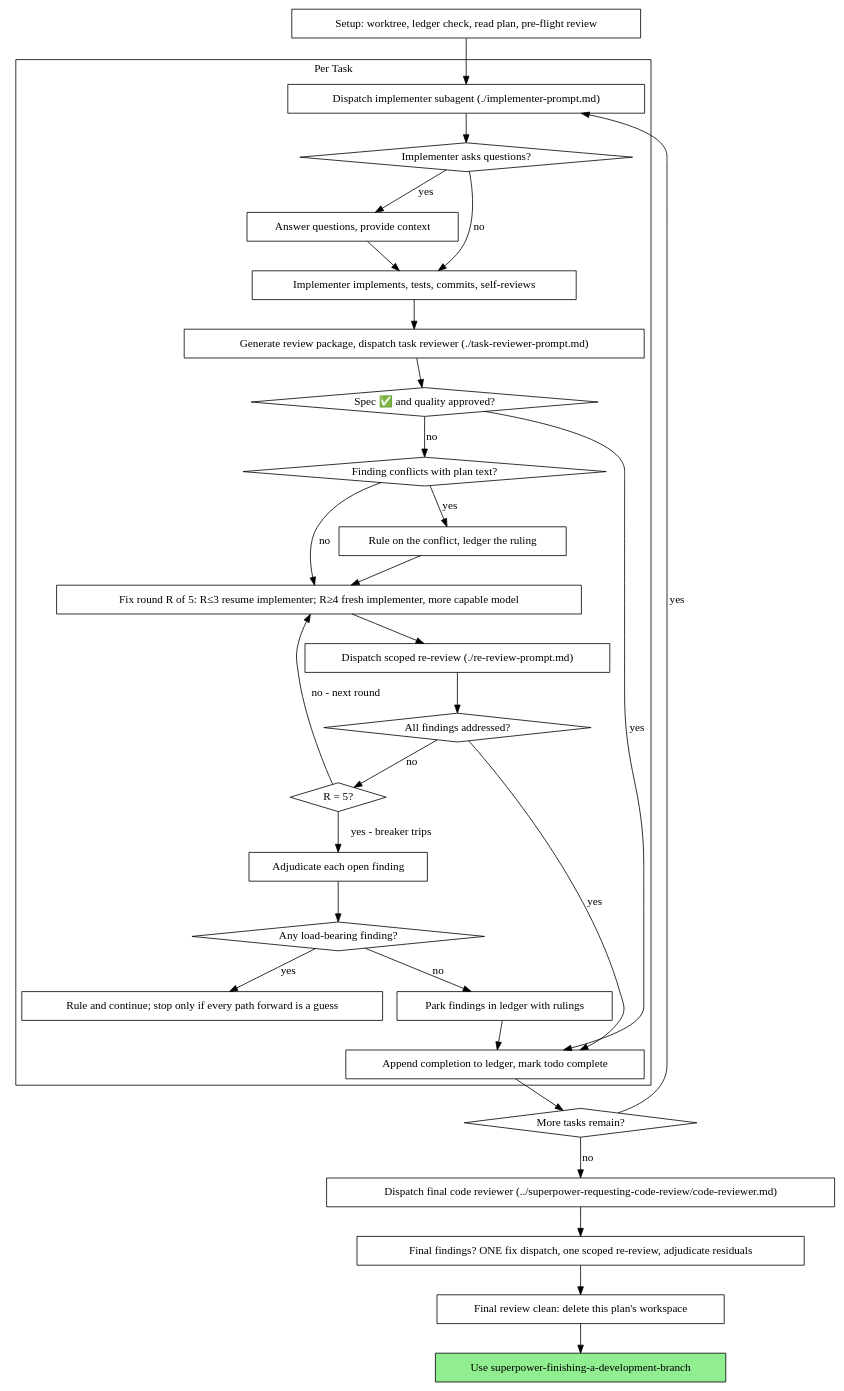
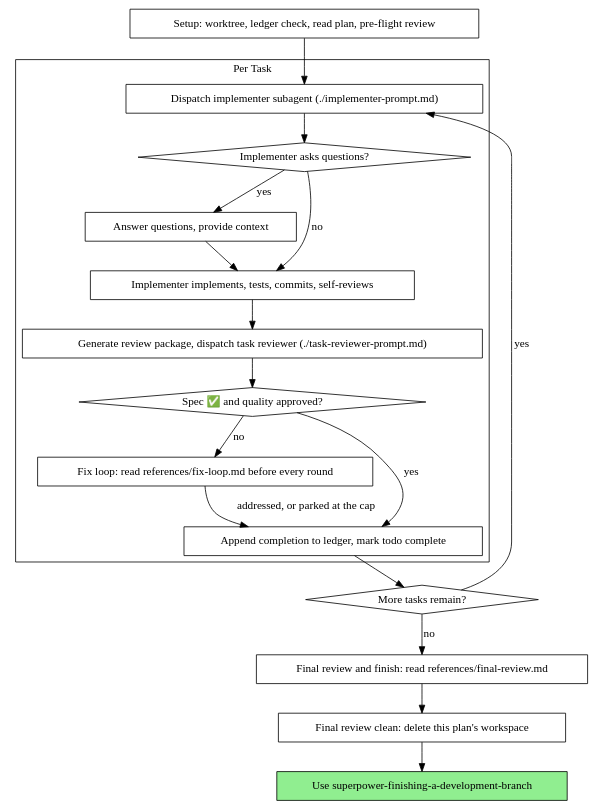
Before and after one commit to JasonFreeLab/dsh-superpowers: the second of 2 diagrams in skills/superpower-subagent-driven-development/SKILL.md, drawn with Graphviz. The commit also changed other lines of this file and 35 other files, not shown here.

````diff
--- a/skills/superpower-subagent-driven-development/SKILL.md
+++ b/skills/superpower-subagent-driven-development/SKILL.md
@@ -61,62 +61,39 @@
 ```dot
 digraph process {
     rankdir=TB;
 
     subgraph cluster_per_task {
         label="Per Task";
         "Dispatch implementer subagent (./implementer-prompt.md)" [shape=box];
         "Implementer asks questions?" [shape=diamond];
         "Answer questions, provide context" [shape=box];
         "Implementer implements, tests, commits, self-reviews" [shape=box];
         "Generate review package, dispatch task reviewer (./task-reviewer-prompt.md)" [shape=box];
         "Spec ✅ and quality approved?" [shape=diamond];
-        "Finding conflicts with plan text?" [shape=diamond];
-        "Rule on the conflict, ledger the ruling" [shape=box];
-        "Fix round R of 5: R≤3 resume implementer; R≥4 fresh implementer, more capable model" [shape=box];
-        "Dispatch scoped re-review (./re-review-prompt.md)" [shape=box];
-        "All findings addressed?" [shape=diamond];
-        "R = 5?" [shape=diamond];
-        "Adjudicate each open finding" [shape=box];
-        "Any load-bearing finding?" [shape=diamond];
-        "Rule and continue; stop only if every path forward is a guess" [shape=box];
-        "Park findings in ledger with rulings" [shape=box];
+        "Fix loop: read references/fix-loop.md before every round" [shape=box];
         "Append completion to ledger, mark todo complete" [shape=box];
     }
 
     "Setup: worktree, ledger check, read plan, pre-flight review" [shape=box];
     "More tasks remain?" [shape=diamond];
-    "Dispatch final code reviewer (../superpower-requesting-code-review/code-reviewer.md)" [shape=box];
-    "Final findings? ONE fix dispatch, one scoped re-review, adjudicate residuals" [shape=box];
+    "Final review and finish: read references/final-review.md" [shape=box];
     "Final review clean: delete this plan's workspace" [shape=box];
     "Use superpower-finishing-a-development-branch" [shape=box style=filled fillcolor=lightgreen];
 
     "Setup: worktree, ledger check, read plan, pre-flight review" -> "Dispatch implementer subagent (./implementer-prompt.md)";
     "Dispatch implementer subagent (./implementer-prompt.md)" -> "Implementer asks questions?";
     "Implementer asks questions?" -> "Answer questions, provide context" [label="yes"];
     "Answer questions, provide context" -> "Implementer implements, tests, commits, self-reviews";
     "Implementer asks questions?" -> "Implementer implements, tests, commits, self-reviews" [label="no"];
     "Implementer implements, tests, commits, self-reviews" -> "Generate review package, dispatch task reviewer (./task-reviewer-prompt.md)";
     "Generate review package, dispatch task reviewer (./task-reviewer-prompt.md)" -> "Spec ✅ and quality approved?";
     "Spec ✅ and quality approved?" -> "Append completion to ledger, mark todo complete" [label="yes"];
-    "Spec ✅ and quality approved?" -> "Finding conflicts with plan text?" [label="no"];
-    "Finding conflicts with plan text?" -> "Rule on the conflict, ledger the ruling" [label="yes"];
-    "Rule on the conflict, ledger the ruling" -> "Fix round R of 5: R≤3 resume implementer; R≥4 fresh implementer, more capable model";
-    "Finding conflicts with plan text?" -> "Fix round R of 5: R≤3 resume implementer; R≥4 fresh implementer, more capable model" [label="no"];
-    "Fix round R of 5: R≤3 resume implementer; R≥4 fresh implementer, more capable model" -> "Dispatch scoped re-review (./re-review-prompt.md)";
-    "Dispatch scoped re-review (./re-review-prompt.md)" -> "All findings addressed?";
-    "All findings addressed?" -> "Append completion to ledger, mark todo complete" [label="yes"];
-    "All findings addressed?" -> "R = 5?" [label="no"];
-    "R = 5?" -> "Fix round R of 5: R≤3 resume implementer; R≥4 fresh implementer, more capable model" [label="no - next round"];
-    "R = 5?" -> "Adjudicate each open finding" [label="yes - breaker trips"];
-    "Adjudicate each open finding" -> "Any load-bearing finding?";
-    "Any load-bearing finding?" -> "Rule and continue; stop only if every path forward is a guess" [label="yes"];
-    "Any load-bearing finding?" -> "Park findings in ledger with rulings" [label="no"];
-    "Park findings in ledger with rulings" -> "Append completion to ledger, mark todo complete";
+    "Spec ✅ and quality approved?" -> "Fix loop: read references/fix-loop.md before every round" [label="no"];
+    "Fix loop: read references/fix-loop.md before every round" -> "Append completion to ledger, mark todo complete" [label="addressed, or parked at the cap"];
     "Append completion to ledger, mark todo complete" -> "More tasks remain?";
     "More tasks remain?" -> "Dispatch implementer subagent (./implementer-prompt.md)" [label="yes"];
-    "More tasks remain?" -> "Dispatch final code reviewer (../superpower-requesting-code-review/code-reviewer.md)" [label="no"];
-    "Dispatch final code reviewer (../superpower-requesting-code-review/code-reviewer.md)" -> "Final findings? ONE fix dispatch, one scoped re-review, adjudicate residuals";
-    "Final findings? ONE fix dispatch, one scoped re-review, adjudicate residuals" -> "Final review clean: delete this plan's workspace";
+    "More tasks remain?" -> "Final review and finish: read references/final-review.md" [label="no"];
+    "Final review and finish: read references/final-review.md" -> "Final review clean: delete this plan's workspace";
     "Final review clean: delete this plan's workspace" -> "Use superpower-finishing-a-development-branch";
 }
 ```
````
